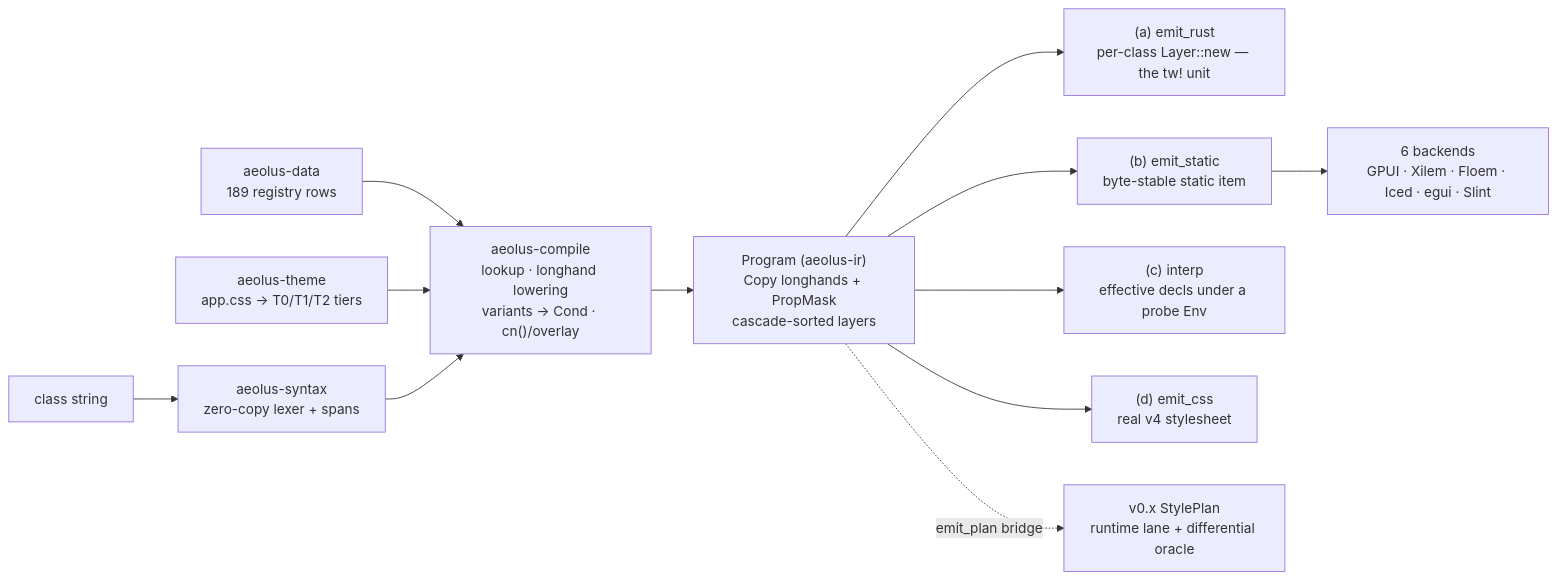
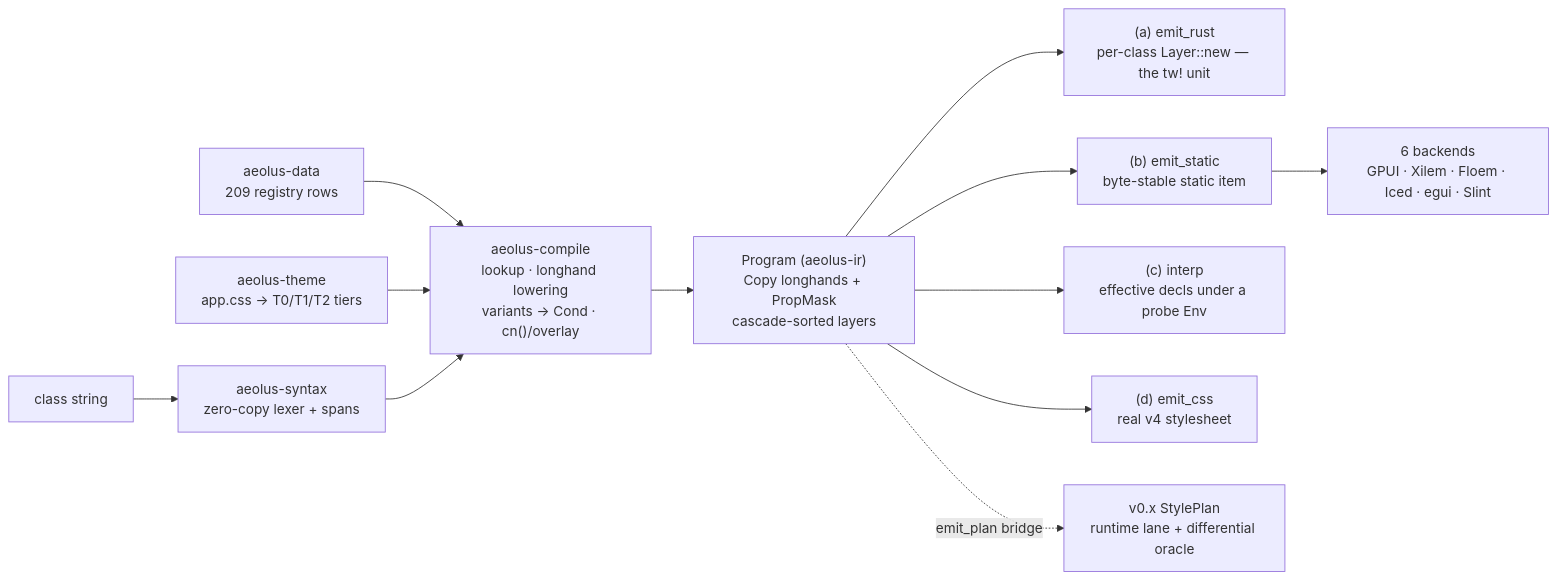
Before and after one commit to elcoosp/aeolus: the diagram in README.md, drawn with Mermaid. The commit also changed other lines of this file, not shown here.

````diff
--- a/README.md
+++ b/README.md
@@ -161,14 +161,14 @@
 ```mermaid
 flowchart LR
     A["class string"] --> S["aeolus-syntax<br/>zero-copy lexer + spans"]
-    D["aeolus-data<br/>189 registry rows"] --> C
+    D["aeolus-data<br/>209 registry rows"] --> C
     T["aeolus-theme<br/>app.css → T0/T1/T2 tiers"] --> C
     S --> C["aeolus-compile<br/>lookup · longhand lowering<br/>variants → Cond · cn()/overlay"]
     C --> P["Program (aeolus-ir)<br/>Copy longhands + PropMask<br/>cascade-sorted layers"]
     P --> R["(a) emit_rust<br/>per-class Layer::new — the tw! unit"]
     P --> B["(b) emit_static<br/>byte-stable static item"]
     P --> I["(c) interp<br/>effective decls under a probe Env"]
     P --> X["(d) emit_css<br/>real v4 stylesheet"]
     B --> BK["6 backends<br/>GPUI · Xilem · Floem · Iced · egui · Slint"]
     P -. "emit_plan bridge" .-> SP["v0.x StylePlan<br/>runtime lane + differential oracle"]
 ```
````
